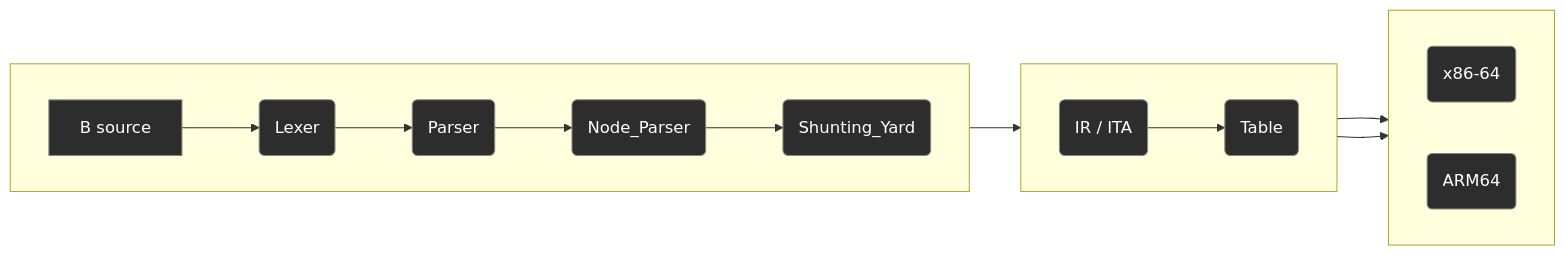
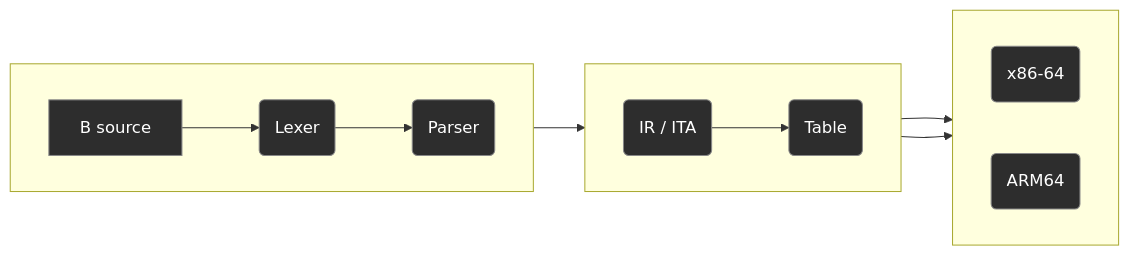
One commit to jahan-addison/credence changed the diagram in README.md. Above: the diagram before and after it, drawn with Mermaid. The commit also changed other lines of this file and 12 other files, not shown here.

Commit message:
chore: renamed Node_Parser to RValue_Parser; corrected the frontend and IR README diagrams and text, since Shunting_Yard and RValue_Parser are only invoked per-expression by the IR's statement walk

````diff
--- a/README.md
+++ b/README.md
@@ -21,33 +24,29 @@
 ```mermaid
 flowchart LR
     subgraph Frontend [" "]
         direction LR
         A[B source] --> B(Lexer)
         B --> C(Parser)
-        C --> D(Node_Parser)
-        D --> E(Shunting_Yard)
     end
     subgraph Middle [" "]
         direction LR
-        F(IR / ITA)
-        G(Table)
+        D(IR / ITA)
+        E(Table)
     end
     subgraph Backend [" "]
         direction LR
-        H(x86-64)
-        I(ARM64)
+        F(x86-64)
+        G(ARM64)
     end
-    E --> F --> G
-    G --> H
-    G --> I
+    C --> D --> E
+    E --> F
+    E --> G
 
     style A fill:#2d2d2d,stroke:#888,color:#fff
     style B fill:#2d2d2d,stroke:#888,color:#fff
     style C fill:#2d2d2d,stroke:#888,color:#fff
     style D fill:#2d2d2d,stroke:#888,color:#fff
     style E fill:#2d2d2d,stroke:#888,color:#fff
     style F fill:#2d2d2d,stroke:#888,color:#fff
     style G fill:#2d2d2d,stroke:#888,color:#fff
-    style H fill:#2d2d2d,stroke:#888,color:#fff
-    style I fill:#2d2d2d,stroke:#888,color:#fff
 ```
````
